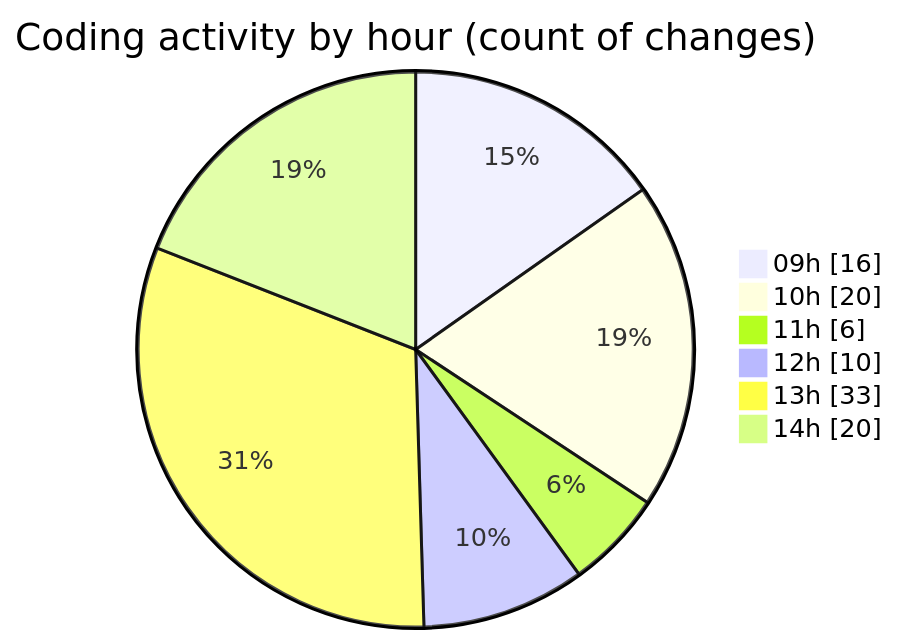
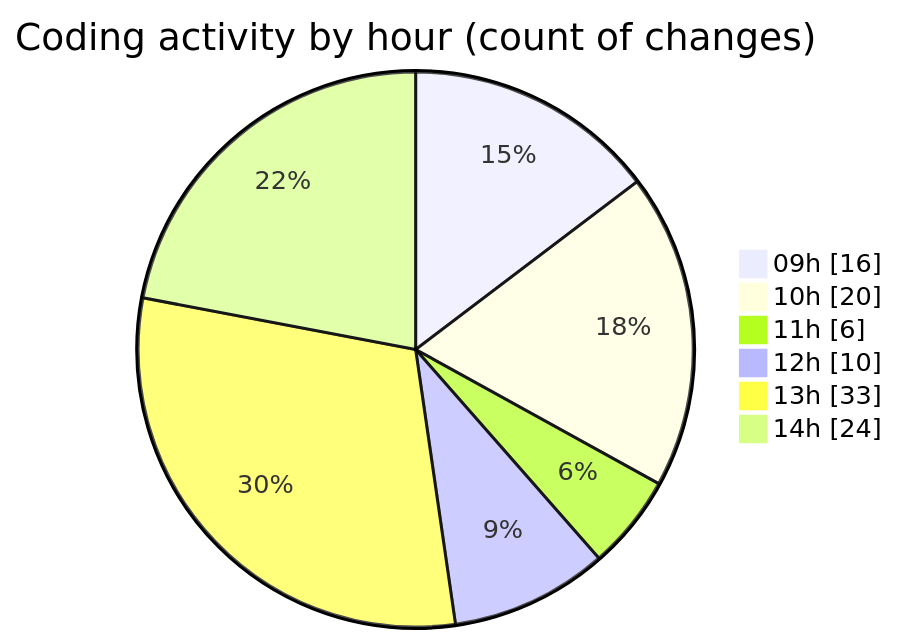
The second of 2 diagrams in 2025-05-16/cda/README.md (momahboobian/code-tracking), drawn with Mermaid before and after one commit. The commit also changed other lines of this file and 1 other file, not shown here.

````diff
--- a/2025-05-16/cda/README.md
+++ b/2025-05-16/cda/README.md
@@ -58,10 +58,10 @@
 ```mermaid
 pie showData
 title Coding activity by hour (count of changes)
 "09h" : 16
 "10h" : 20
 "11h" : 6
 "12h" : 10
 "13h" : 33
-"14h" : 20
+"14h" : 24
 ```
````
